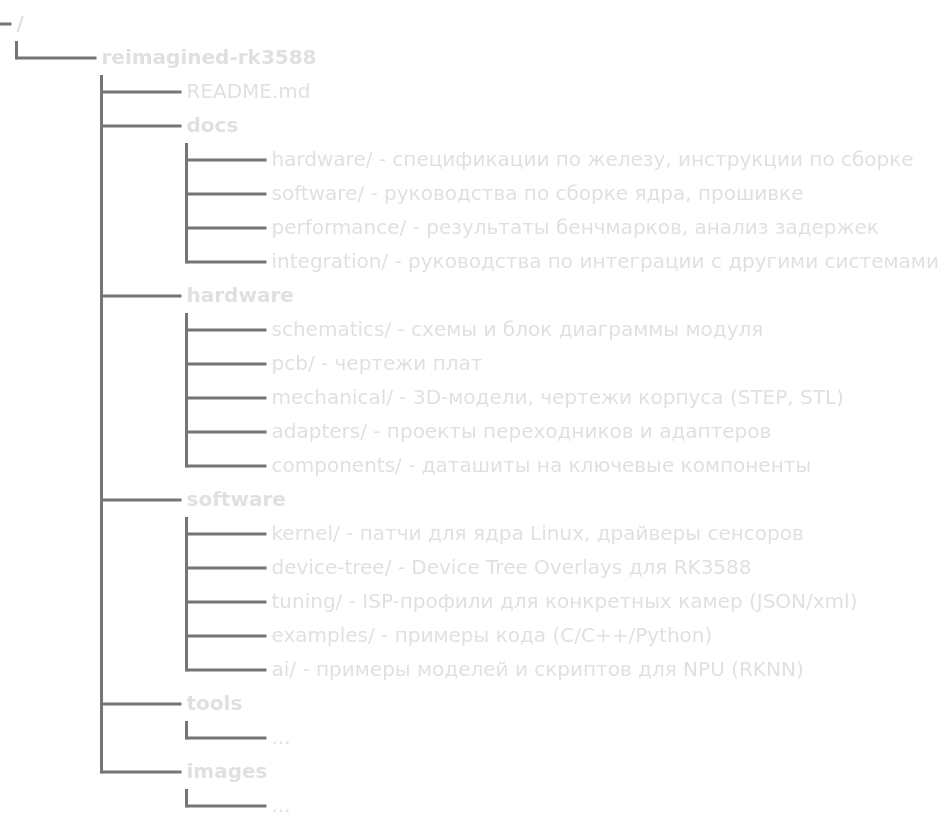
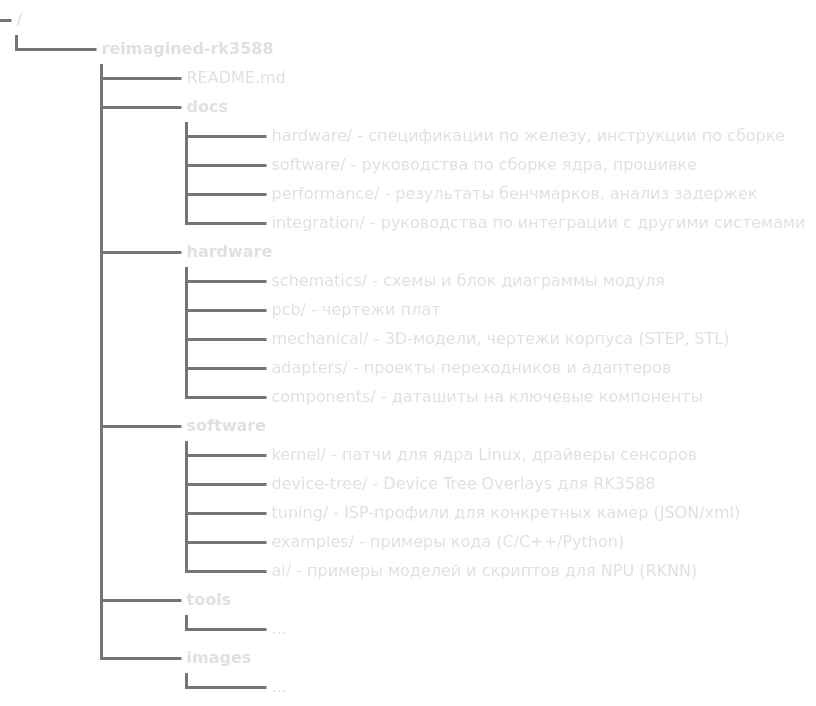
One commit to startgang/reimagined-rk3588 changed the second of 2 diagrams in README.md. Above: the diagram before and after it, drawn with Mermaid. The commit also changed other lines of this file, not shown here.

````diff
--- a/README.md
+++ b/README.md
@@ -53,44 +53,44 @@
 ```mermaid
 ---
 config:
     treeView:
         rowIndent: 80
         lineThickness: 3
     theme: base
     themeVariables:
         treeView:
-            labelFontSize: '20px'
+            labelFontSize: '16px'
             labelColor: '#E0E0E0'
             lineColor: '#757575'
         background: '#1E1E1E'
         primaryColor: '#2D2D2D'
         primaryBorderColor: '#616161'
         primaryTextColor: '#E0E0E0'
         lineColor: '#757575'
         tertiaryColor: '#3D3D3D'
 ---
 treeView-beta
     "reimagined-rk3588/"
         "README.md"
         "docs/"
             "hardware/ - спецификации по железу, инструкции по сборке"
             "software/ - руководства по сборке ядра, прошивке"
             "performance/ - результаты бенчмарков, анализ задержек"
             "integration/ - руководства по интеграции с другими системами"
         "hardware/"
             "schematics/ - схемы и блок диаграммы модуля"
             "pcb/ - чертежи плат"
             "mechanical/ - 3D-модели, чертежи корпуса (STEP, STL)"
             "adapters/ - проекты переходников и адаптеров"
             "components/ - даташиты на ключевые компоненты"
         "software/"
             "kernel/ - патчи для ядра Linux, драйверы сенсоров"
             "device-tree/ - Device Tree Overlays для RK3588"
             "tuning/ - ISP-профили для конкретных камер (JSON/xml)"
             "examples/ - примеры кода (C/C++/Python)"
             "ai/ - примеры моделей и скриптов для NPU (RKNN)"
         "tools/"
             "..."
         "images/"
             "..."
 ```
````
